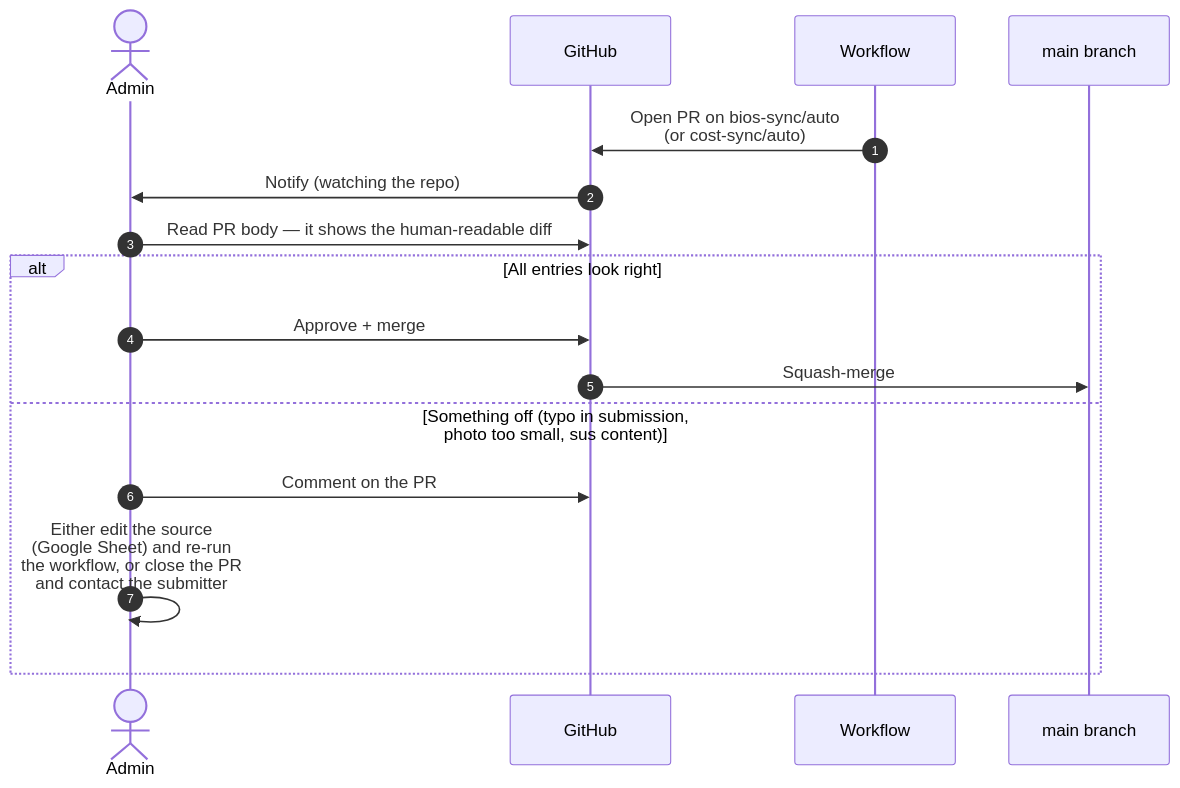
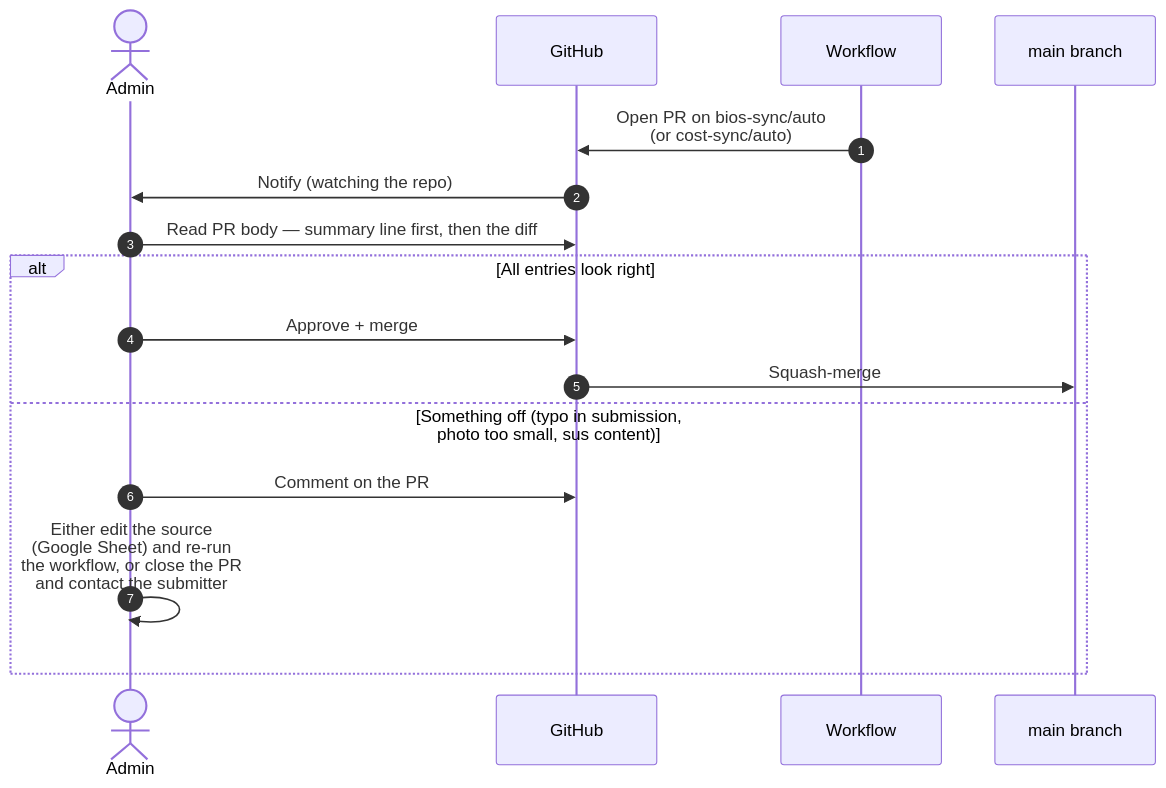
One commit to EISSeuropa/netsec.github.io changed the diagram in docs/admin-guide.md. Above: the diagram before and after it, drawn with Mermaid. The commit also changed other lines of this file and 4 other files, not shown here.

````diff
--- a/docs/admin-guide.md
+++ b/docs/admin-guide.md
@@ -133,19 +133,19 @@
 ```mermaid
 sequenceDiagram
     autonumber
     actor A as Admin
     participant G as GitHub
     participant W as Workflow
     participant R as main branch
 
     W->>G: Open PR on bios-sync/auto<br/>(or cost-sync/auto)
     G->>A: Notify (watching the repo)
-    A->>G: Read PR body — it shows the human-readable diff
+    A->>G: Read PR body — summary line first, then the diff
     alt All entries look right
         A->>G: Approve + merge
         G->>R: Squash-merge
     else Something off (typo in submission,<br/>photo too small, sus content)
         A->>G: Comment on the PR
         A->>A: Either edit the source<br/>(Google Sheet) and re-run<br/>the workflow, or close the PR<br/>and contact the submitter
     end
 ```
````
